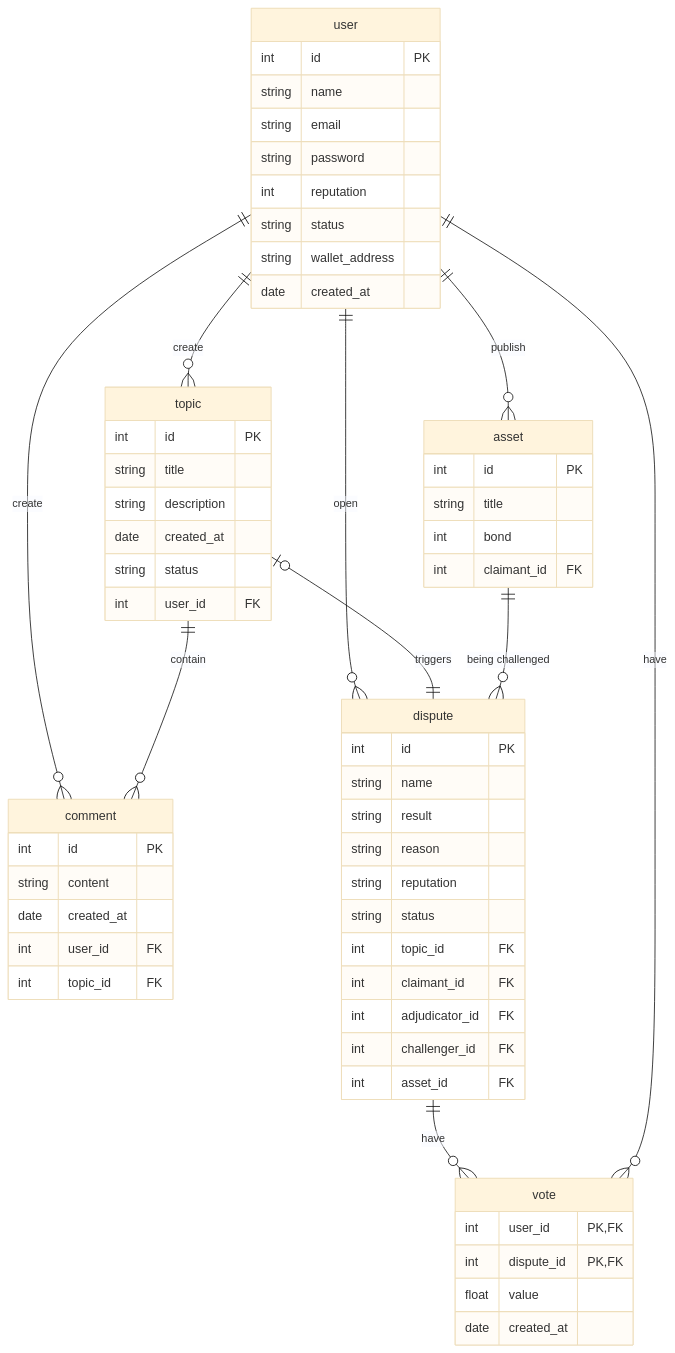
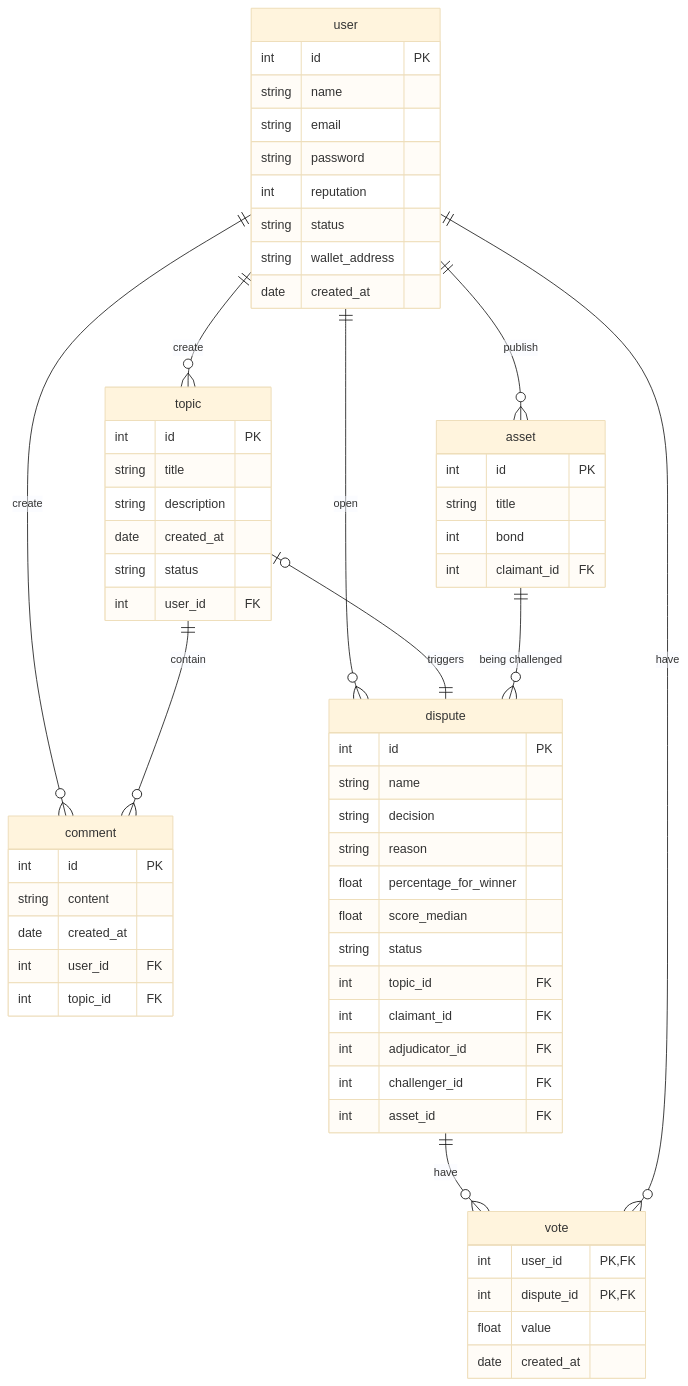
The diagram in notes/ERD.md (doyouwantto2/prototype), drawn with Mermaid (base theme) before and after one commit.

Commit message:
update: change score's type

````diff
--- a/notes/ERD.md
+++ b/notes/ERD.md
@@ -1,68 +1,69 @@
 ```mermaid
 erDiagram
     user ||--o{ topic : create
     user ||--o{ comment : create
     topic ||--o{ comment : contain
     user ||--o{ dispute : open
     topic |o--|| dispute : triggers
     dispute ||--o{ vote : have
     user ||--o{ vote : have
     asset ||--o{ dispute : "being challenged"
     user ||--o{ asset : publish
 
     user {
         int id PK
         string name
         string email
         string password
         int reputation
         string status
         string wallet_address
         date created_at
     }
 
     topic {
         int id PK
         string title
         string description
         date created_at
         string status
         int user_id FK
     }
 
     comment {
         int id PK
         string content
         date created_at
         int user_id FK
         int topic_id FK
     }
 
     asset {
         int id PK
         string title
         int bond
         int claimant_id FK
     }
 
     dispute {
         int id PK
         string name
-        string result
+        string decision
         string reason
-        string reputation
+        float percentage_for_winner
+        float score_median
         string status
         int topic_id FK
         int claimant_id FK
         int adjudicator_id FK
         int challenger_id FK
         int asset_id FK
     }
 
     vote {
         int user_id "PK,FK"
         int dispute_id "PK,FK"
         float value
         date created_at
     }
 ```
````
